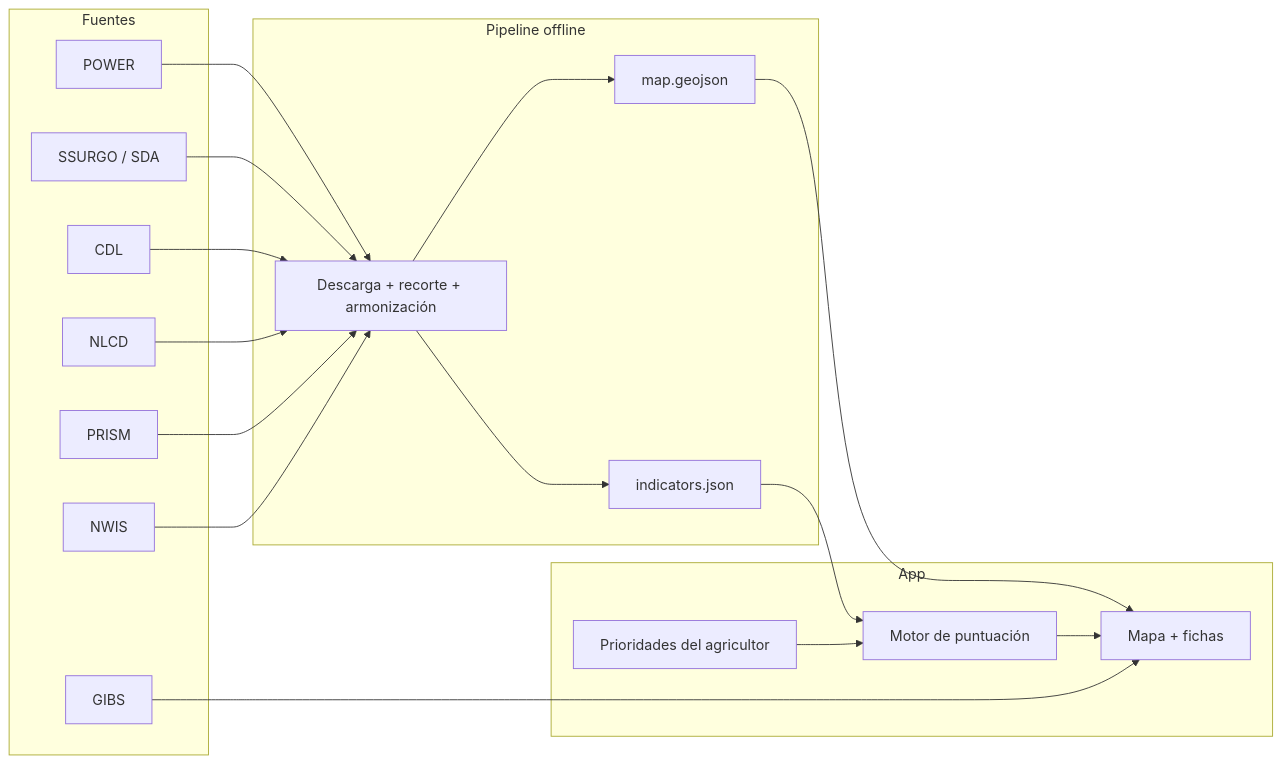
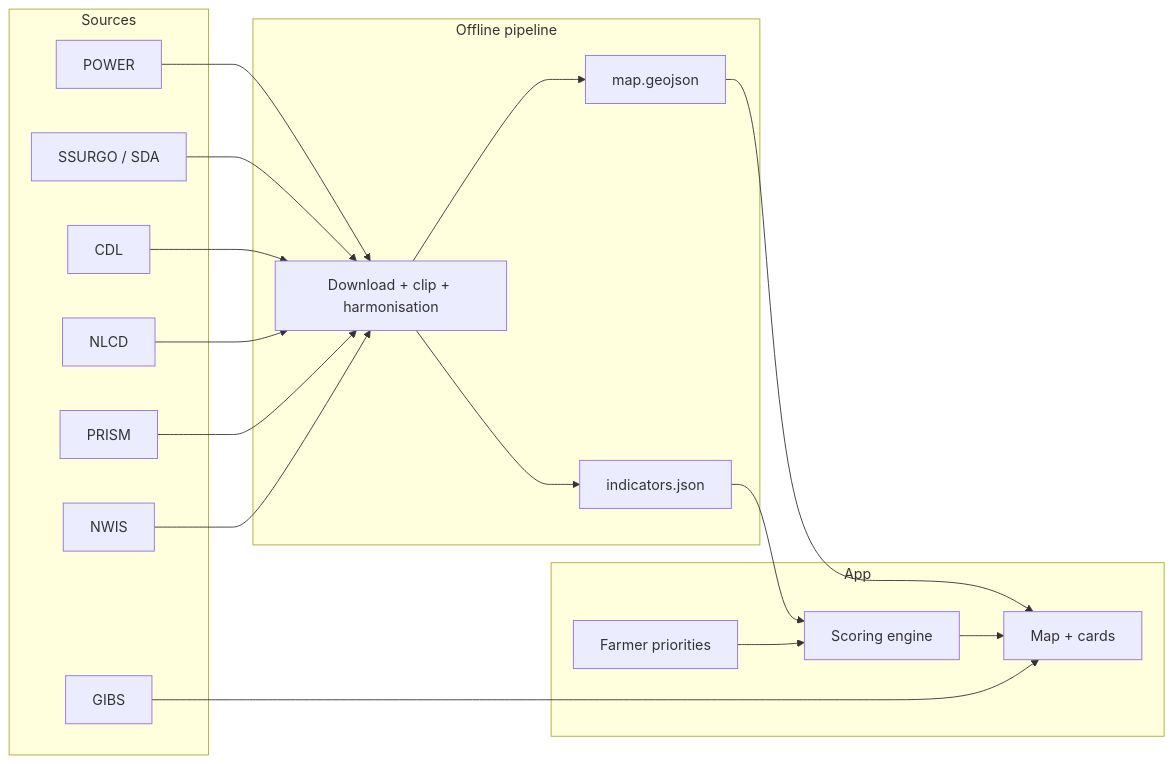
One commit to jesus1516/Ciberpiso changed the diagram in docs/arquitectura.md. Above: the diagram before and after it, drawn with Mermaid. The commit also changed other lines of this file and 7 other files, not shown here.

````diff
--- a/docs/arquitectura.md
+++ b/docs/arquitectura.md
@@ -19,31 +18,31 @@
 ```mermaid
 flowchart LR
-    subgraph Fuentes
+    subgraph Sources
         P[POWER]
         S[SSURGO / SDA]
         C[CDL]
         N[NLCD]
         R[PRISM]
         W[NWIS]
         G[GIBS]
     end
 
-    subgraph Pipeline offline
-        P --> ETL[Descarga + recorte + armonización]
+    subgraph Offline pipeline
+        P --> ETL[Download + clip + harmonisation]
         S --> ETL
         C --> ETL
         N --> ETL
         R --> ETL
         W --> ETL
         ETL --> I[indicators.json]
         ETL --> M[map.geojson]
     end
 
     subgraph App
-        I --> SCORE[Motor de puntuación]
-        U[Prioridades del agricultor] --> SCORE
-        SCORE --> UI[Mapa + fichas]
+        I --> SCORE[Scoring engine]
+        U[Farmer priorities] --> SCORE
+        SCORE --> UI[Map + cards]
         M --> UI
         G --> UI
     end
 ```
````
